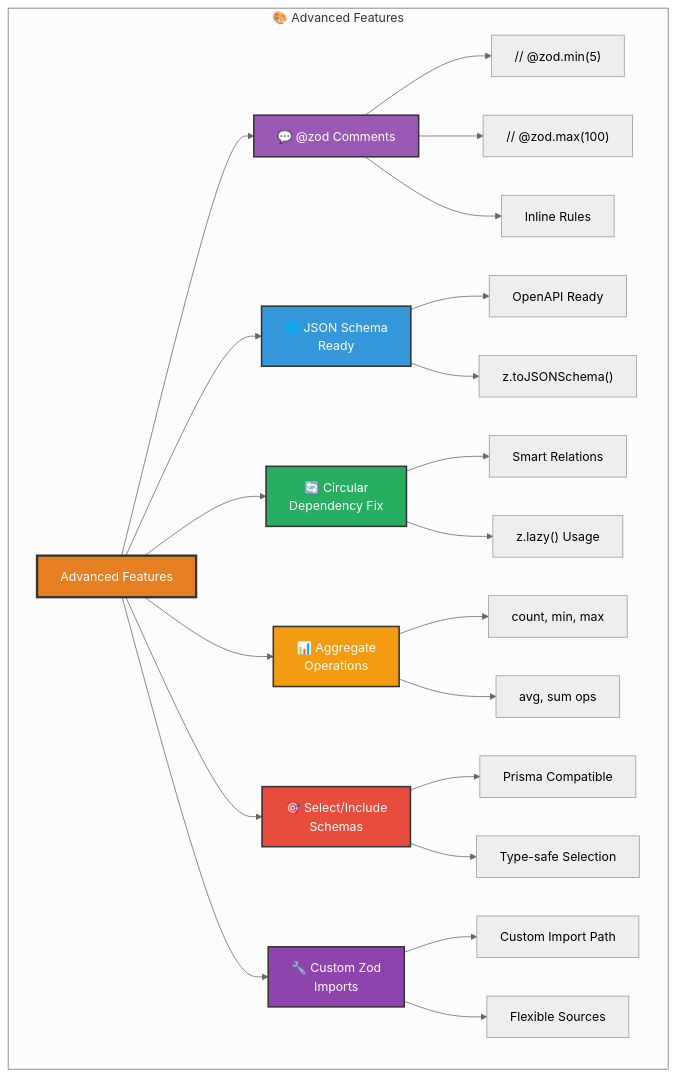
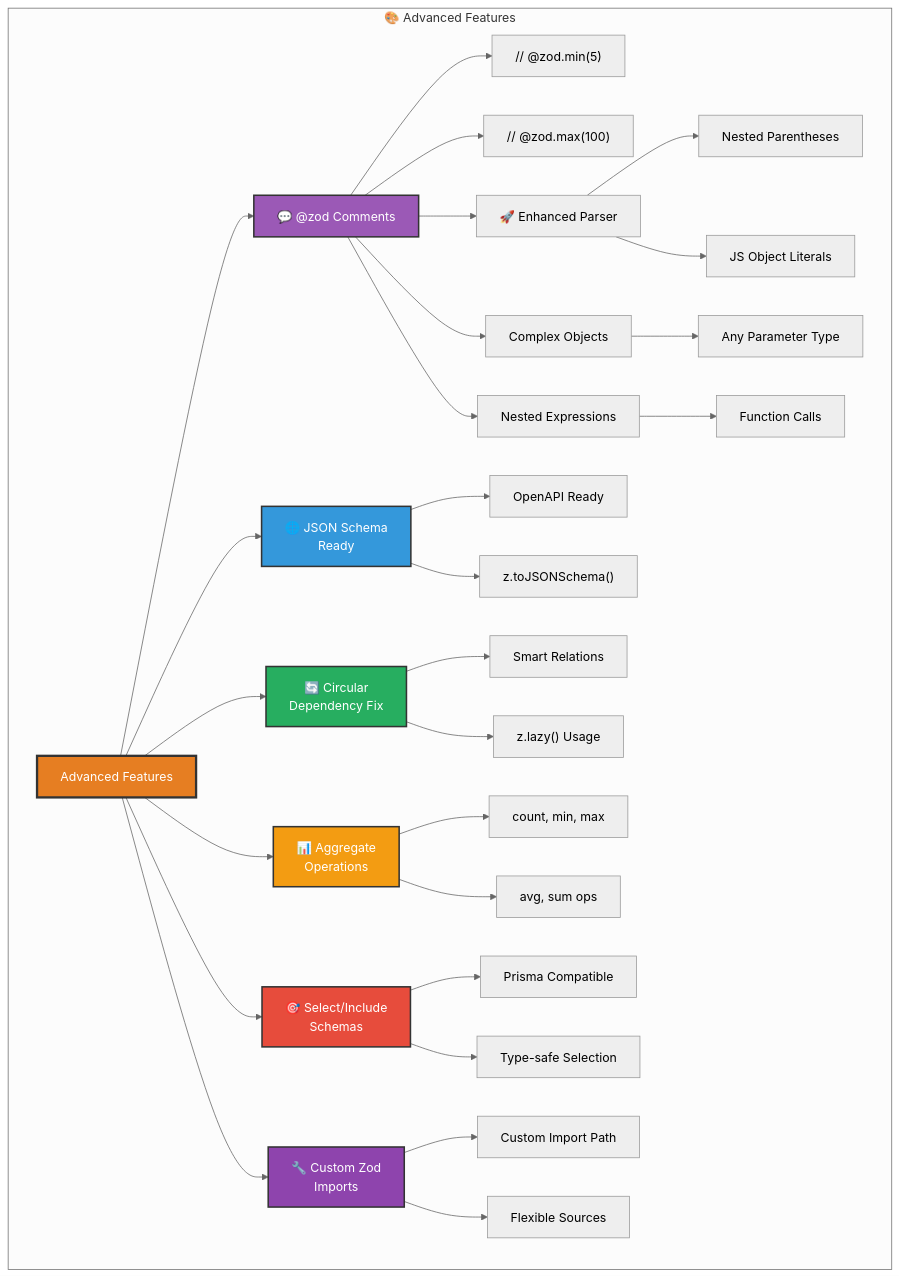
Before and after one commit to omar-dulaimi/prisma-zod-generator: the ninth of 12 diagrams in README.md, drawn with Mermaid (neutral theme). The commit also changed other lines of this file and 6 other files, not shown here.

````diff
--- a/README.md
+++ b/README.md
@@ -359,38 +359,45 @@
 ```mermaid
 graph TD
     subgraph "🎨 Advanced Features"
         AF[Advanced Features] --> ZC["💬 @zod Comments"]
         AF --> JSR["🌐 JSON Schema<br/>Ready"]
         AF --> CDF["🔄 Circular<br/>Dependency Fix"]
         AF --> AO["📊 Aggregate<br/>Operations"]
         AF --> SIS["🎯 Select/Include<br/>Schemas"]
         AF --> CZI["🔧 Custom Zod<br/>Imports"]
 
         ZC --> ZC1["// @zod.min(5)"]
         ZC --> ZC2["// @zod.max(100)"]
-        ZC --> ZC3["Inline Rules"]
+        ZC --> ZC3["🚀 Enhanced Parser"]
+        ZC --> ZC4["Complex Objects"]
+        ZC --> ZC5["Nested Expressions"]
+
+        ZC3 --> ZC3A["Nested Parentheses"]
+        ZC3 --> ZC3B["JS Object Literals"]
+        ZC4 --> ZC4B["Any Parameter Type"]
+        ZC5 --> ZC5B["Function Calls"]
 
         JSR --> JSR1["OpenAPI Ready"]
         JSR --> JSR2["z.toJSONSchema()"]
 
         CDF --> CDF1["Smart Relations"]
         CDF --> CDF2["z.lazy() Usage"]
 
         AO --> AO1["count, min, max"]
         AO --> AO2["avg, sum ops"]
 
         SIS --> SIS1["Prisma Compatible"]
         SIS --> SIS2["Type-safe Selection"]
 
         CZI --> CZI1["Custom Import Path"]
         CZI --> CZI2["Flexible Sources"]
     end
 
     style AF fill:#e67e22,stroke:#333,stroke-width:3px,color:#fff
     style ZC fill:#9b59b6,stroke:#333,stroke-width:2px,color:#fff
     style JSR fill:#3498db,stroke:#333,stroke-width:2px,color:#fff
     style CDF fill:#27ae60,stroke:#333,stroke-width:2px,color:#fff
     style AO fill:#f39c12,stroke:#333,stroke-width:2px,color:#fff
     style SIS fill:#e74c3c,stroke:#333,stroke-width:2px,color:#fff
     style CZI fill:#8e44ad,stroke:#333,stroke-width:2px,color:#fff
 ```
````
